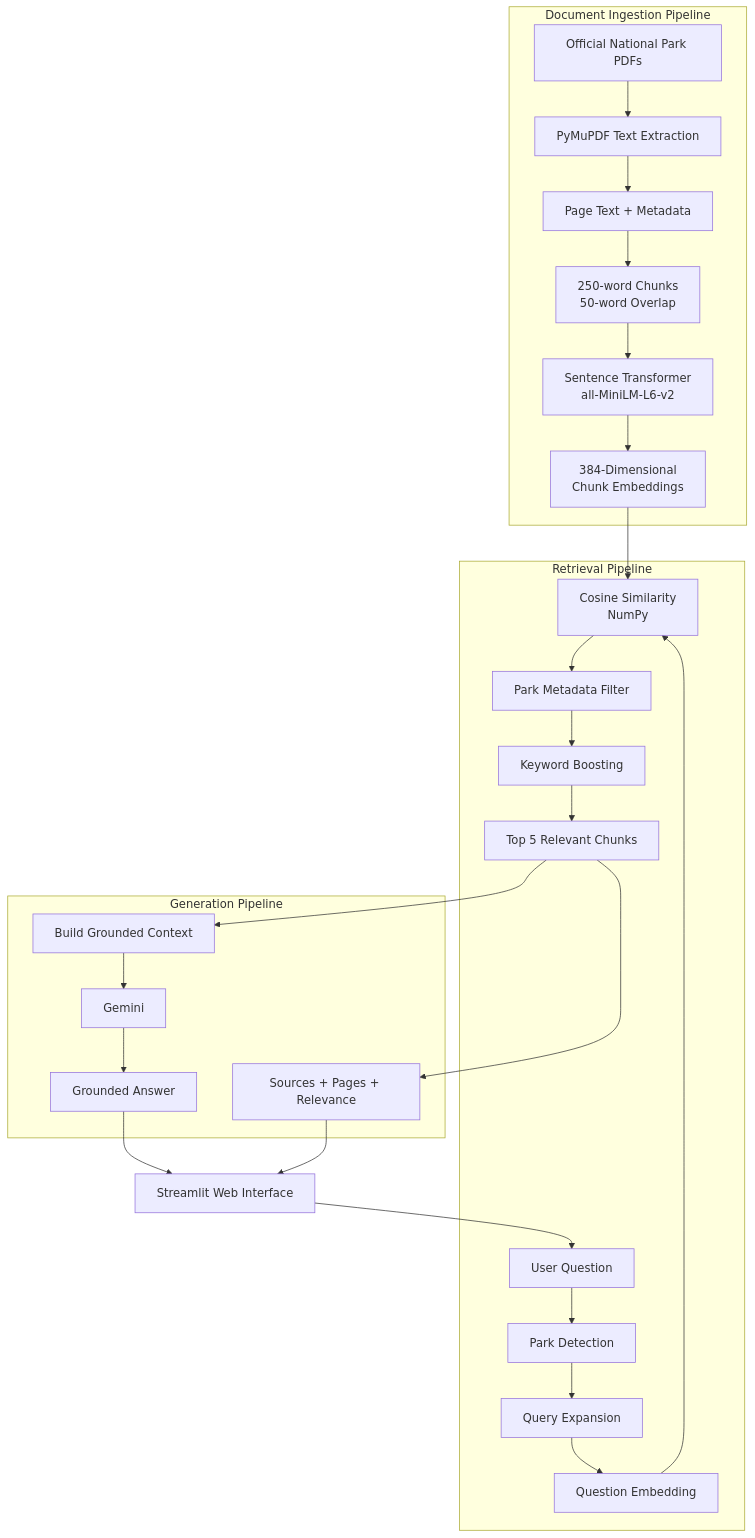
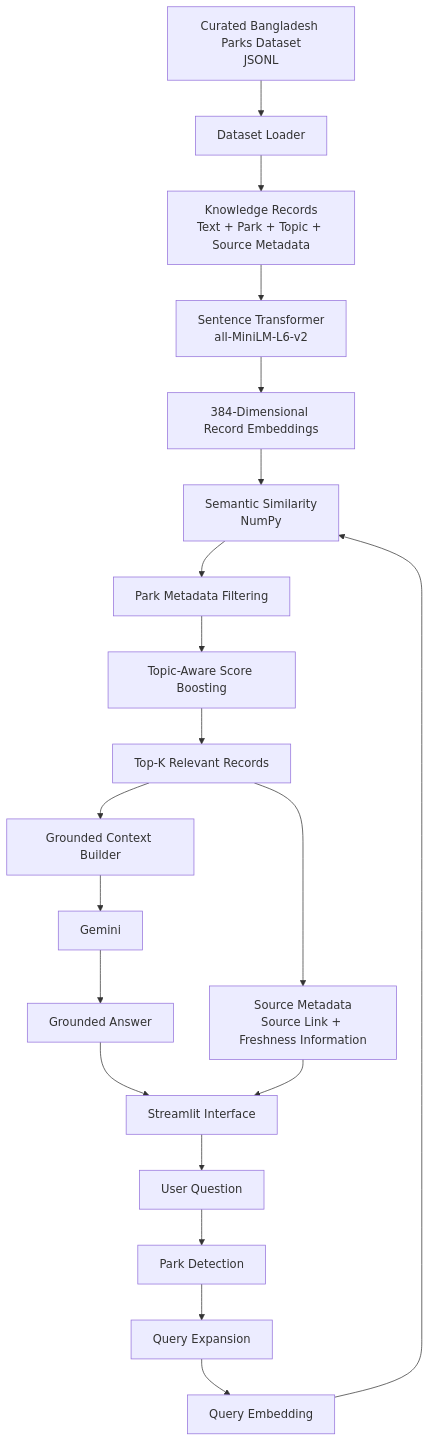
The diagram in README.md (cloud-pantheon/ParkWise-Bangladesh), drawn with Mermaid before and after one commit. The commit also changed other lines of this file and 12 other files, not shown here.

Commit message:
Initial ParkWise Bangladesh RAG release

````diff
--- a/README.md
+++ b/README.md
@@ -53,56 +100,65 @@
 ```mermaid
 flowchart TD
 
-    subgraph INGESTION["Document Ingestion Pipeline"]
-        A["Official National Park PDFs"]
-        B["PyMuPDF Text Extraction"]
-        C["Page Text + Metadata"]
-        D["250-word Chunks<br/>50-word Overlap"]
-        E["Sentence Transformer<br/>all-MiniLM-L6-v2"]
-        F["384-Dimensional<br/>Chunk Embeddings"]
+    A["Curated Bangladesh Parks Dataset<br/>JSONL"]
 
-        A --> B
-        B --> C
-        C --> D
-        D --> E
-        E --> F
-    end
+    B["Dataset Loader"]
 
-    subgraph RETRIEVAL["Retrieval Pipeline"]
-        U["User Question"]
-        P["Park Detection"]
-        Q["Query Expansion"]
-        QE["Question Embedding"]
-        S["Cosine Similarity<br/>NumPy"]
-        MF["Park Metadata Filter"]
-        KB["Keyword Boosting"]
-        T["Top 5 Relevant Chunks"]
+    C["Knowledge Records<br/>Text + Park + Topic + Source Metadata"]
 
-        U --> P
-        P --> Q
-        Q --> QE
-        QE --> S
-        F --> S
-        S --> MF
-        MF --> KB
-        KB --> T
-    end
+    D["Sentence Transformer<br/>all-MiniLM-L6-v2"]
 
-    subgraph GENERATION["Generation Pipeline"]
-        CB["Build Grounded Context"]
-        G["Gemini"]
-        AN["Grounded Answer"]
-        SR["Sources + Pages + Relevance"]
+    E["384-Dimensional Record Embeddings"]
 
-        T --> CB
-        CB --> G
-        G --> AN
-        T --> SR
-    end
+    U["User Question"]
 
-    UI["Streamlit Web Interface"]
+    P["Park Detection"]
+
+    Q["Query Expansion"]
+
+    QE["Query Embedding"]
+
+    S["Semantic Similarity<br/>NumPy"]
+
+    M["Park Metadata Filtering"]
+
+    T["Topic-Aware Score Boosting"]
+
+    K["Top-K Relevant Records"]
+
+    CXT["Grounded Context Builder"]
+
+    G["Gemini"]
+
+    ANS["Grounded Answer"]
+
+    SRC["Source Metadata<br/>Source Link + Freshness Information"]
+
+    UI["Streamlit Interface"]
+
+    A --> B
+    B --> C
+    C --> D
+    D --> E
 
     UI --> U
-    AN --> UI
-    SR --> UI
+    U --> P
+    P --> Q
+    Q --> QE
+
+    QE --> S
+    E --> S
+
+    S --> M
+    M --> T
+    T --> K
+
+    K --> CXT
+    CXT --> G
+    G --> ANS
+
+    K --> SRC
+
+    ANS --> UI
+    SRC --> UI
 ```
````
